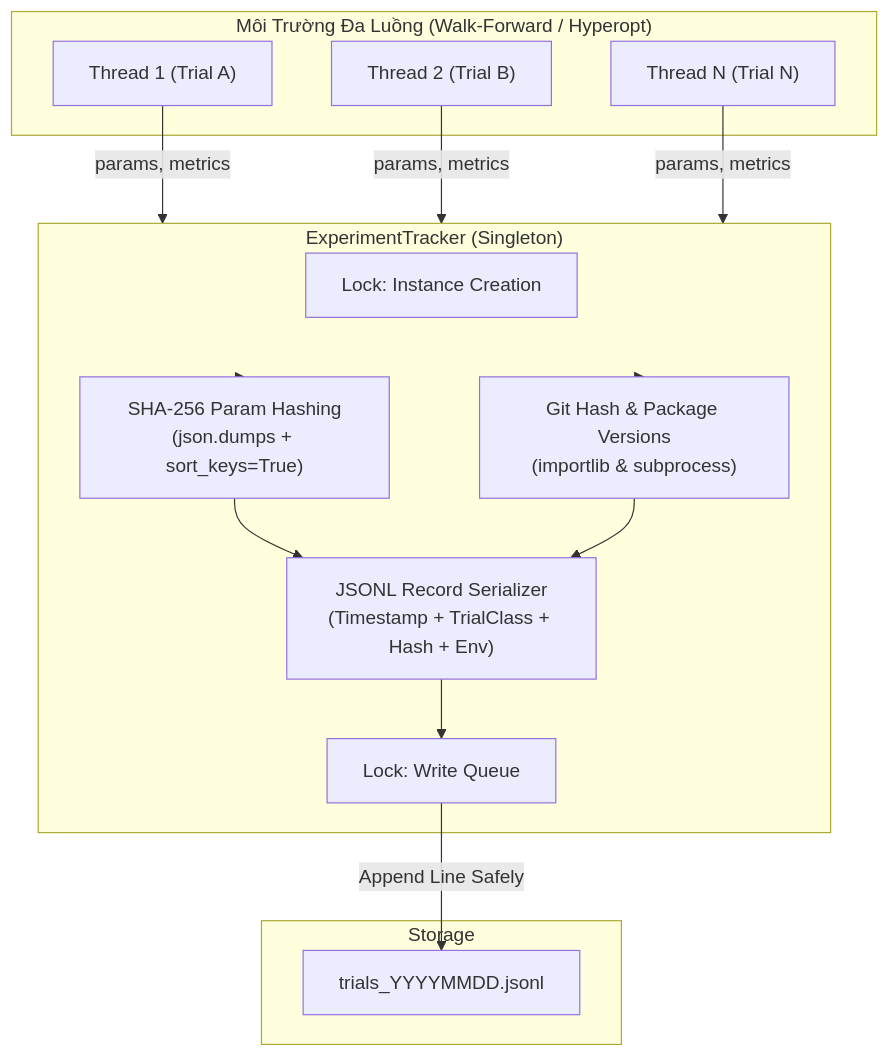
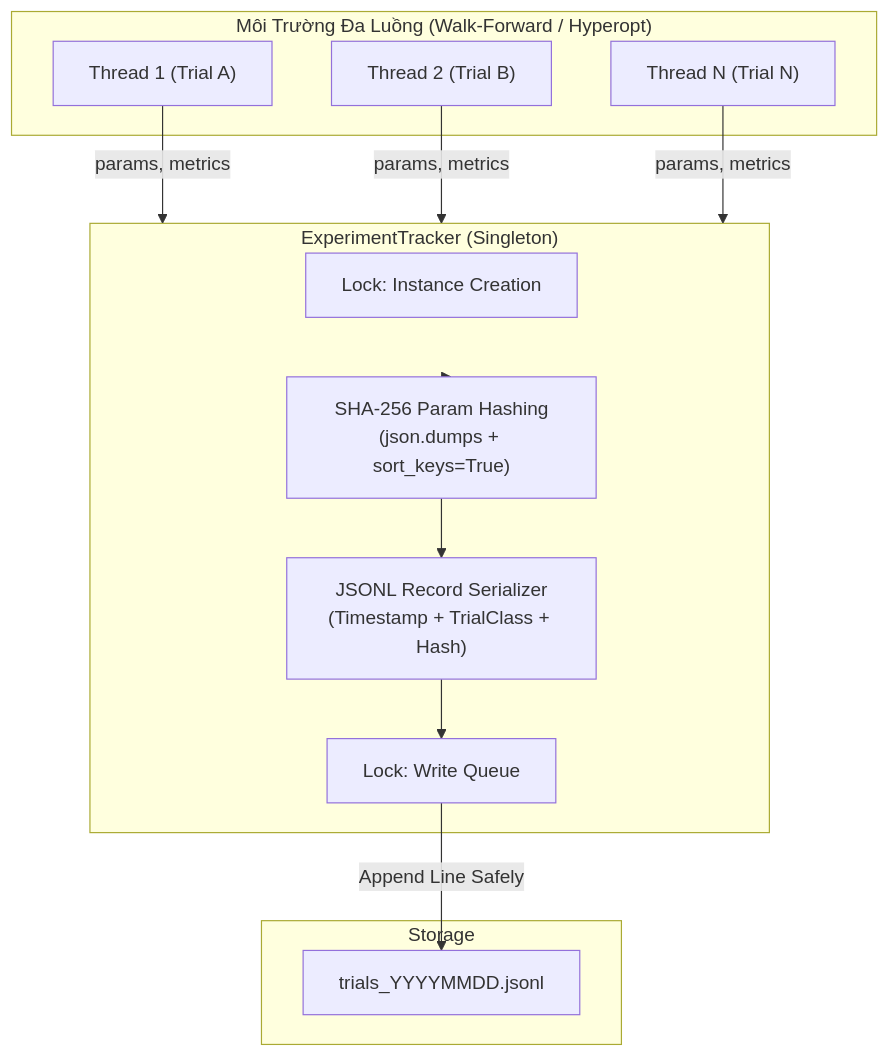
One commit to hoangcongly/1907TacticalAI changed the diagram in docs/engineering_audit_and_explanation_track_a.md. Above: the diagram before and after it, drawn with Mermaid. The commit also changed other lines of this file and 1 other file, not shown here.

````diff
--- a/docs/engineering_audit_and_explanation_track_a.md
+++ b/docs/engineering_audit_and_explanation_track_a.md
@@ -52,33 +46,30 @@
 ```mermaid
 flowchart TD
     subgraph MultiThreadEnv["Môi Trường Đa Luồng (Walk-Forward / Hyperopt)"]
         Thread1["Thread 1 (Trial A)"]
         Thread2["Thread 2 (Trial B)"]
         Thread3["Thread N (Trial N)"]
     end
 
     subgraph ExperimentTrackerNode["ExperimentTracker (Singleton)"]
         Lock1["Lock: Instance Creation"]
         Lock2["Lock: Write Queue"]
         
         Hasher["SHA-256 Param Hashing\n(json.dumps + sort_keys=True)"]
-        EnvTracker["Git Hash & Package Versions\n(importlib & subprocess)"]
-        Serializer["JSONL Record Serializer\n(Timestamp + TrialClass + Hash + Env)"]
+        Serializer["JSONL Record Serializer\n(Timestamp + TrialClass + Hash)"]
     end
 
     Thread1 -->|params, metrics| ExperimentTrackerNode
     Thread2 -->|params, metrics| ExperimentTrackerNode
     Thread3 -->|params, metrics| ExperimentTrackerNode
 
     ExperimentTrackerNode --> Hasher
-    ExperimentTrackerNode --> EnvTracker
     Hasher --> Serializer
-    EnvTracker --> Serializer
     Serializer --> Lock2
 
     subgraph LogStorage["Storage"]
         LogFile["trials_YYYYMMDD.jsonl"]
     end
 
     Lock2 -->|Append Line Safely| LogFile
 ```
````
